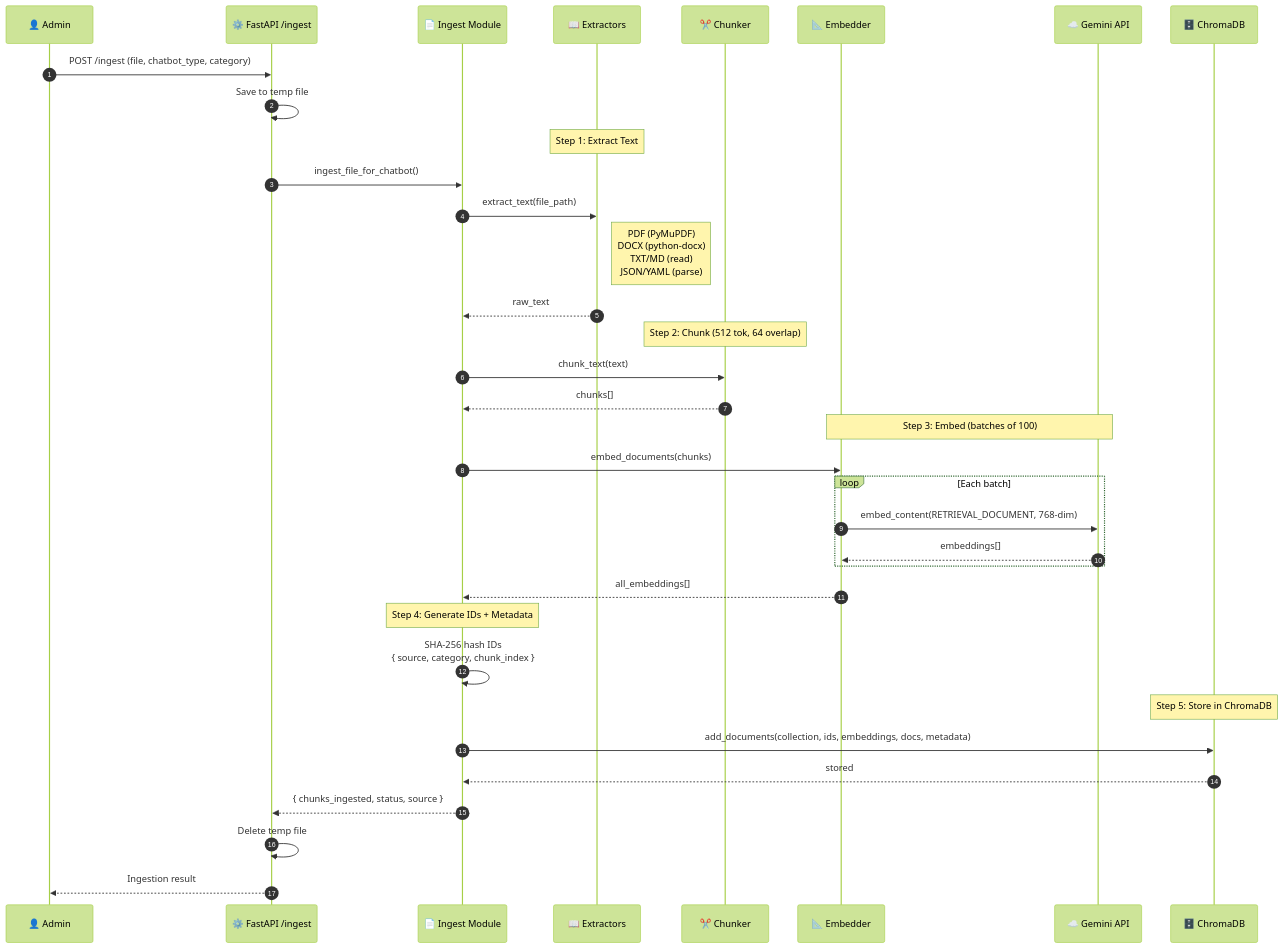
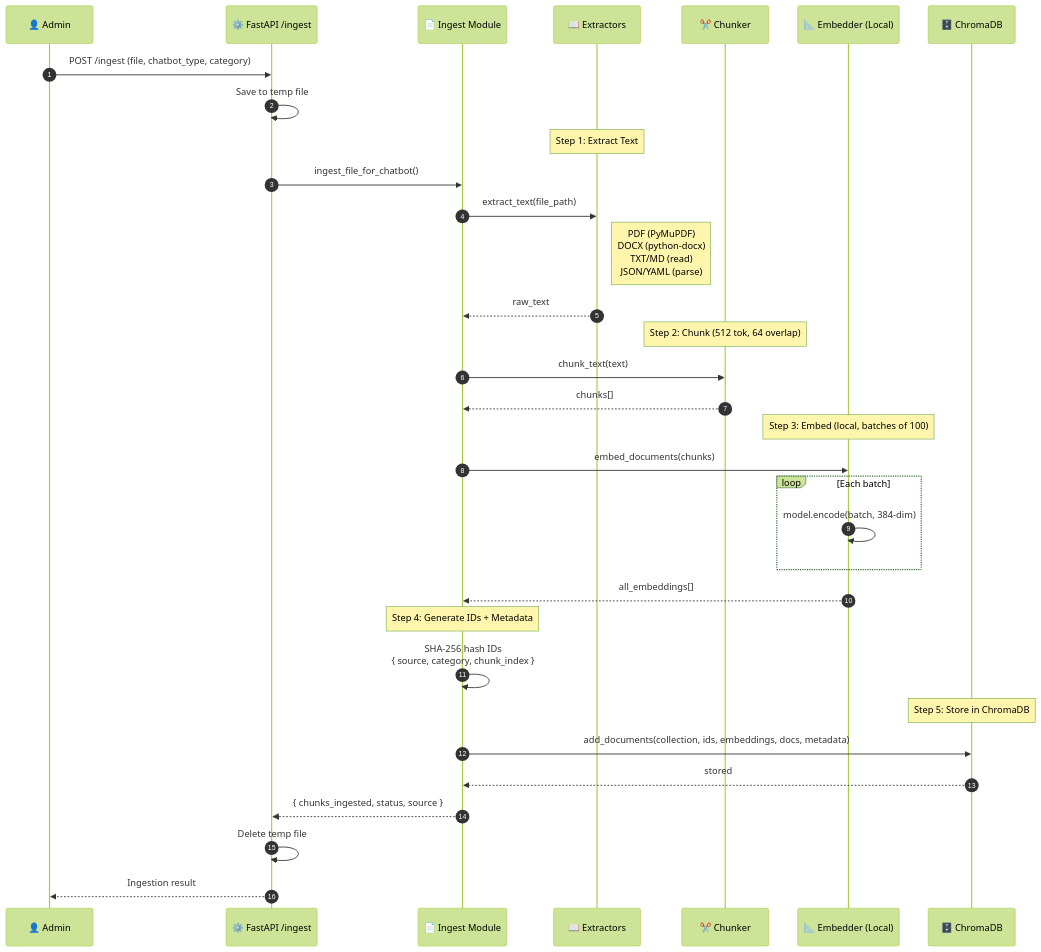
Before and after one commit to rajrkdev/ai-lab: the fourth of 11 diagrams in prd/docs/ARCHITECTURE.md, drawn with Mermaid (forest theme). The commit also changed other lines of this file and 26 other files, not shown here.

First line of the commit message:
feat: replace Gemini embeddings with local all-MiniLM-L6-v2 (sentence-transformers)

````diff
--- a/prd/docs/ARCHITECTURE.md
+++ b/prd/docs/ARCHITECTURE.md
@@ -270,44 +268,42 @@
 ```mermaid
 sequenceDiagram
     autonumber
     participant U as 👤 Admin
     participant API as ⚙️ FastAPI /ingest
     participant ING as 📄 Ingest Module
     participant EXT as 📖 Extractors
     participant CHK as ✂️ Chunker
-    participant EMB as 📐 Embedder
-    participant GEM as ☁️ Gemini API
+    participant EMB as 📐 Embedder (Local)
     participant VDB as 🗄️ ChromaDB
 
     U->>API: POST /ingest (file, chatbot_type, category)
     API->>API: Save to temp file
 
     Note over EXT: Step 1: Extract Text
     API->>ING: ingest_file_for_chatbot()
     ING->>EXT: extract_text(file_path)
     Note right of EXT: PDF (PyMuPDF)<br/>DOCX (python-docx)<br/>TXT/MD (read)<br/>JSON/YAML (parse)
     EXT-->>ING: raw_text
 
     Note over CHK: Step 2: Chunk (512 tok, 64 overlap)
     ING->>CHK: chunk_text(text)
     CHK-->>ING: chunks[]
 
-    Note over EMB,GEM: Step 3: Embed (batches of 100)
+    Note over EMB: Step 3: Embed (local, batches of 100)
     ING->>EMB: embed_documents(chunks)
     loop Each batch
-        EMB->>GEM: embed_content(RETRIEVAL_DOCUMENT, 768-dim)
-        GEM-->>EMB: embeddings[]
+        EMB->>EMB: model.encode(batch, 384-dim)
     end
     EMB-->>ING: all_embeddings[]
 
     Note over ING: Step 4: Generate IDs + Metadata
     ING->>ING: SHA-256 hash IDs<br/>{ source, category, chunk_index }
 
     Note over VDB: Step 5: Store in ChromaDB
     ING->>VDB: add_documents(collection, ids, embeddings, docs, metadata)
     VDB-->>ING: stored
 
     ING-->>API: { chunks_ingested, status, source }
     API->>API: Delete temp file
     API-->>U: Ingestion result
 ```
````
